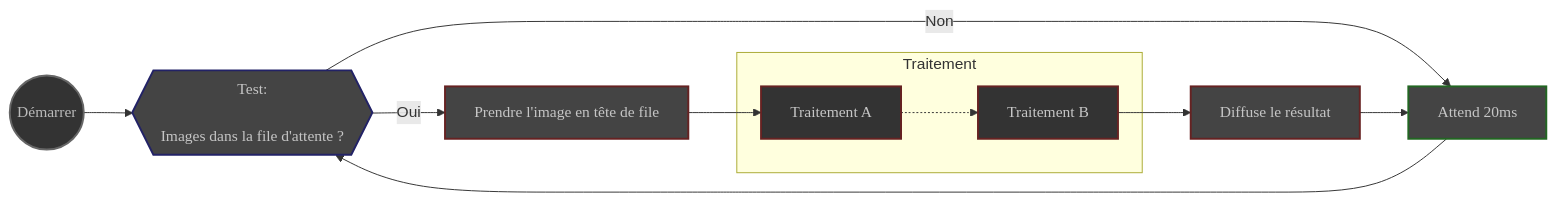
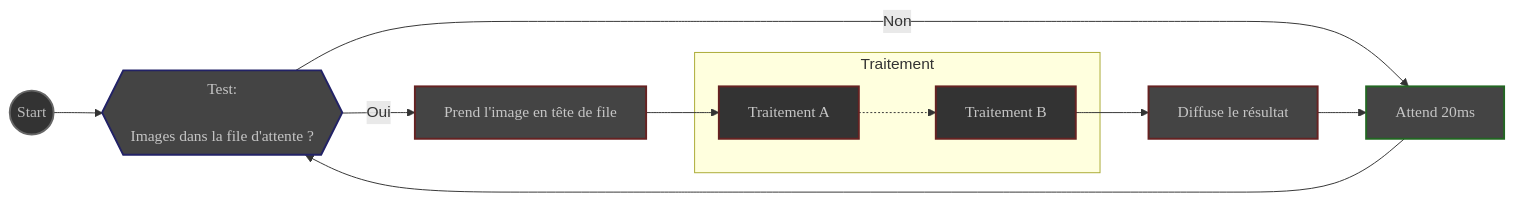
Before and after one commit to deufrai/als: the second of 2 diagrams in content/fr/docs/v0.7/reference/modules/_index.md, drawn with Mermaid. The commit also changed other lines of this file, not shown here.

Commit message:
fix discrepancy in FR modules & processes doc

````diff
--- a/content/fr/docs/v0.7/reference/modules/_index.md
+++ b/content/fr/docs/v0.7/reference/modules/_index.md
@@ -100,35 +100,35 @@
 ```mermaid
 flowchart LR
-DÉMARRER((Démarrer))
+DÉMARRER((Start))
 TEST{{Test:<br><br>Images dans la file d'attente ?}}
-PRENDRE[Prendre l'image en tête de file]
+PRENDRE[Prend l'image en tête de file]
 subgraph Traitement
     A[Traitement A]
     B[Traitement B]
 end
 DIFFUSER[Diffuse le résultat]
 ATTENDRE[Attend 20ms]
 
 DÉMARRER --> TEST
 TEST -- Oui --> PRENDRE
 TEST -- Non --> ATTENDRE
 PRENDRE --> A
 A -.-> B
 B --> DIFFUSER
 DIFFUSER --> ATTENDRE
 ATTENDRE --> TEST
 
 classDef bounds fill: #333, stroke: #666, stroke-width: 2px, color: #BBB, font-family: 'Poppins', sans-serif
 classDef step fill: #444, stroke: #622, stroke-width:2px, color: #c6c6c6, font-family: 'Poppins',sans-serif
 classDef process fill: #333, stroke: #622, stroke-width: 2px, color: #c6c6c6, font-family: 'Poppins', sans-serif
 classDef wait  fill: #444, stroke: #262,stroke-width: 2px, color: #c6c6c6, font-family:'Poppins', sans-serif
 classDef test fill: #444, stroke: #226, stroke-width: 2px, color: #c6c6c6, font-family: 'Poppins', sans-serif
 
 class DÉMARRER bounds
 class TEST test
 class PRENDRE step
 class A process
 class B process
 class DIFFUSER step
 class ATTENDRE wait
 ```
````
